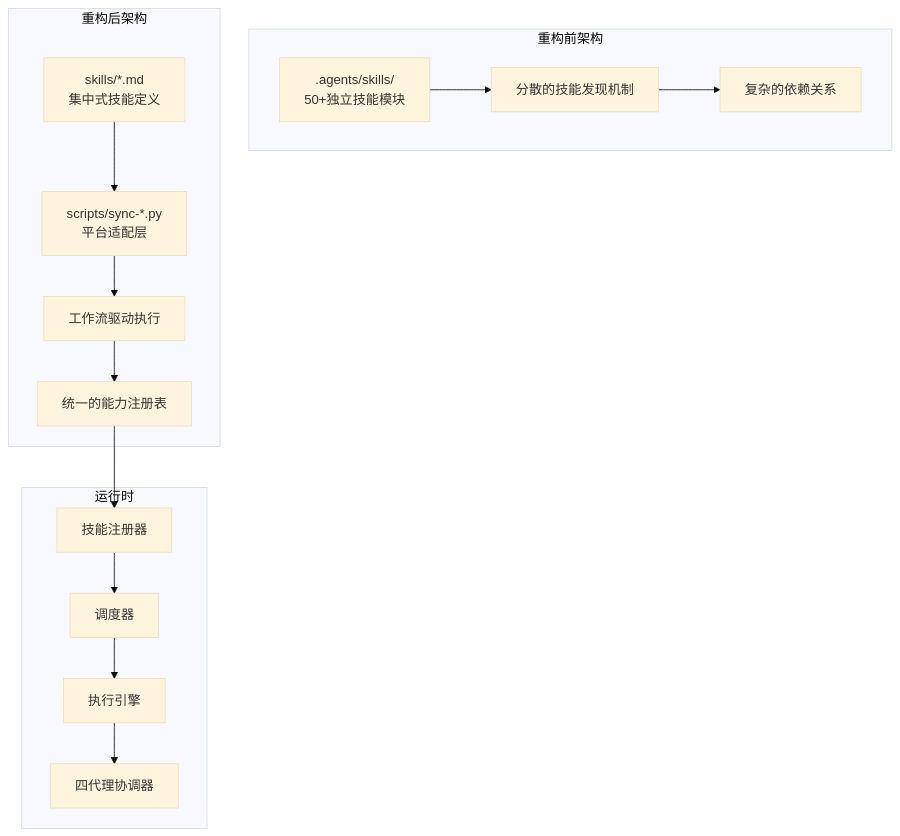
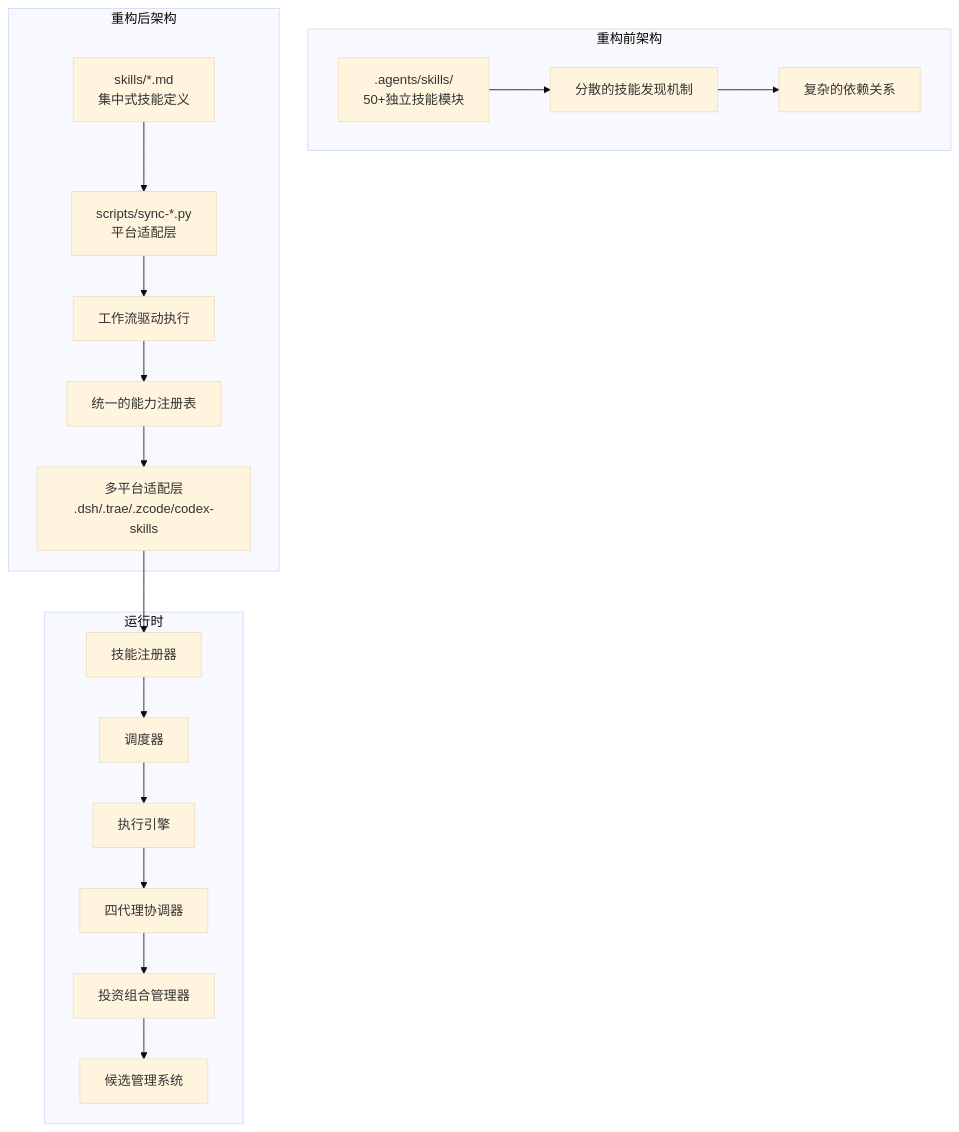
The first of 8 diagrams in .qoder/repowiki/zh/content/AI技能系统/技能架构设计.md (Ted-Engineer/ai-berkshire), drawn with Mermaid (base theme) before and after one commit. The commit also changed other lines of this file and 120 other files, not shown here.

````diff
--- a/.qoder/repowiki/zh/content/AI技能系统/技能架构设计.md
+++ b/.qoder/repowiki/zh/content/AI技能系统/技能架构设计.md
@@ -64,29 +67,35 @@
 ```mermaid
 graph TB
 subgraph "重构前架构"
 A[".agents/skills/<br/>50+独立技能模块"]
 B["分散的技能发现机制"]
 C["复杂的依赖关系"]
 end
 subgraph "重构后架构"
 D["skills/*.md<br/>集中式技能定义"]
 E["scripts/sync-*.py<br/>平台适配层"]
 F["工作流驱动执行"]
 G["统一的能力注册表"]
+H["多平台适配层<br/>.dsh/.trae/.zcode/codex-skills"]
 end
 subgraph "运行时"
-H["技能注册器"]
-I["调度器"]
-J["执行引擎"]
-K["四代理协调器"]
+I["技能注册器"]
+J["调度器"]
+K["执行引擎"]
+L["四代理协调器"]
+M["投资组合管理器"]
+N["候选管理系统"]
 end
 A --> B
 B --> C
 D --> E
 E --> F
 F --> G
 G --> H
 H --> I
 I --> J
 J --> K
+K --> L
+L --> M
+M --> N
 ```
````
